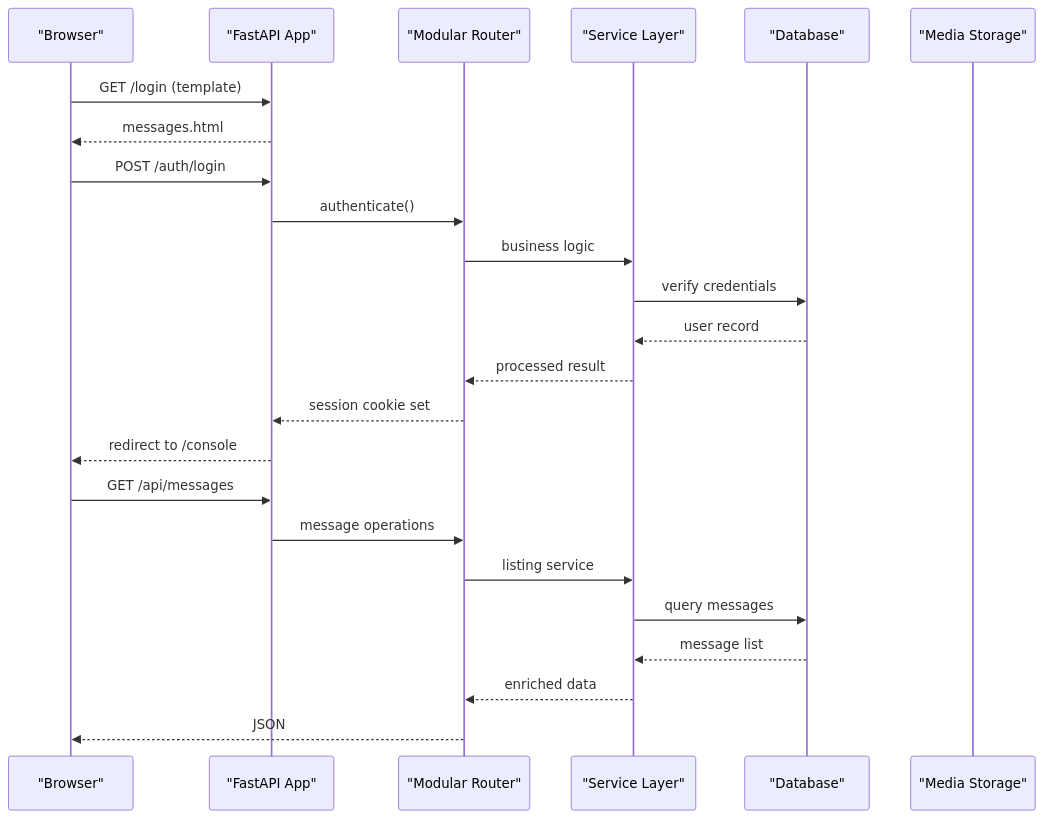
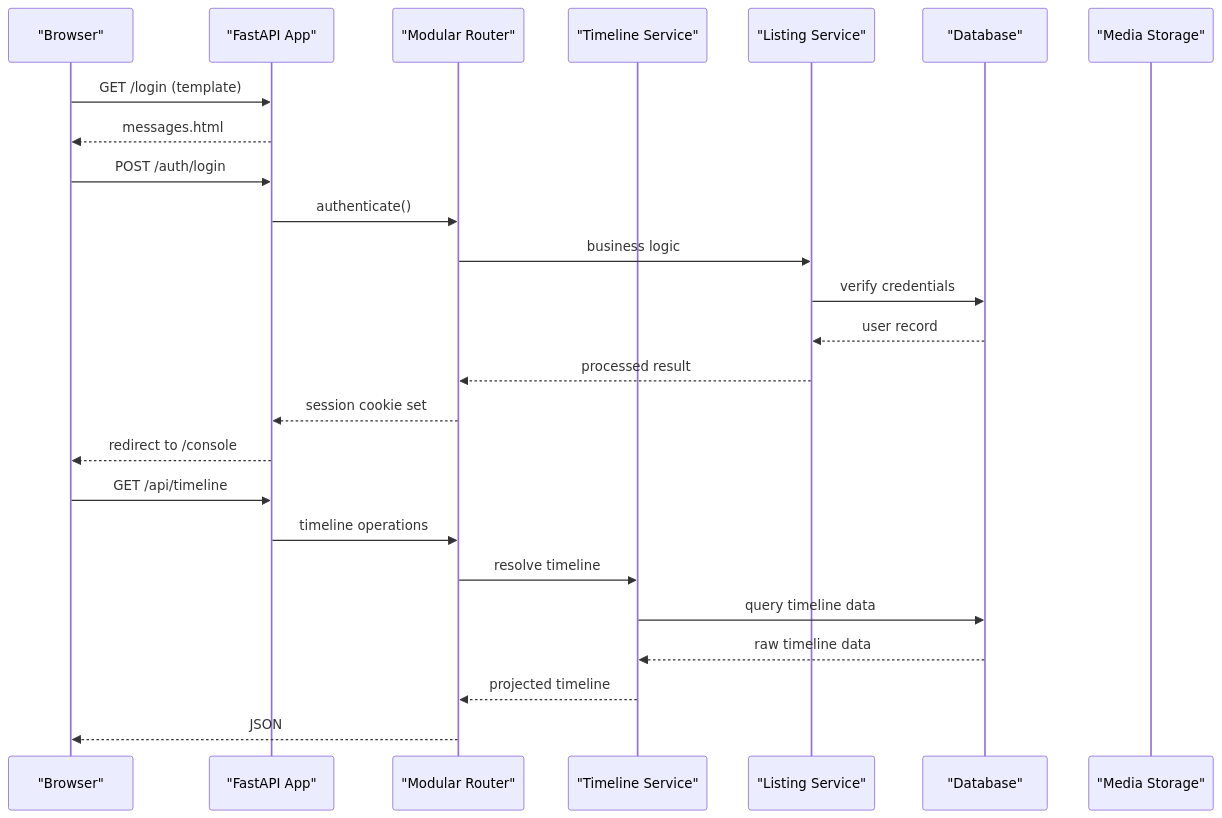
Before and after one commit to zuohaisu/wecom-archive: the second of 17 diagrams in .qoder/repowiki/en/content/Architecture/Web Application Architecture/Web Application Architecture.md, drawn with Mermaid. The commit also changed other lines of this file and 109 other files, not shown here.

Commit message:
RND-221 提取统一 Media Access Service 与 Router

````diff
--- a/.qoder/repowiki/en/content/Architecture/Web Application Architecture/Web Application Architecture.md
+++ b/.qoder/repowiki/en/content/Architecture/Web Application Architecture/Web Application Architecture.md
@@ -163,26 +171,27 @@
 ```mermaid
 sequenceDiagram
 participant Browser as "Browser"
 participant FastAPI as "FastAPI App"
 participant Router as "Modular Router"
-participant Service as "Service Layer"
+participant TimelineService as "Timeline Service"
+participant ListingService as "Listing Service"
 participant DB as "Database"
 participant Storage as "Media Storage"
 Browser->>FastAPI : GET /login (template)
 FastAPI-->>Browser : messages.html
 Browser->>FastAPI : POST /auth/login
 FastAPI->>Router : authenticate()
-Router->>Service : business logic
-Service->>DB : verify credentials
-DB-->>Service : user record
-Service-->>Router : processed result
+Router->>ListingService : business logic
+ListingService->>DB : verify credentials
+DB-->>ListingService : user record
+ListingService-->>Router : processed result
 Router-->>FastAPI : session cookie set
 FastAPI-->>Browser : redirect to /console
-Browser->>FastAPI : GET /api/messages
-FastAPI->>Router : message operations
-Router->>Service : listing service
-Service->>DB : query messages
-DB-->>Service : message list
-Service-->>Router : enriched data
+Browser->>FastAPI : GET /api/timeline
+FastAPI->>Router : timeline operations
+Router->>TimelineService : resolve timeline
+TimelineService->>DB : query timeline data
+DB-->>TimelineService : raw timeline data
+TimelineService-->>Router : projected timeline
 Router-->>Browser : JSON
 ```
````
